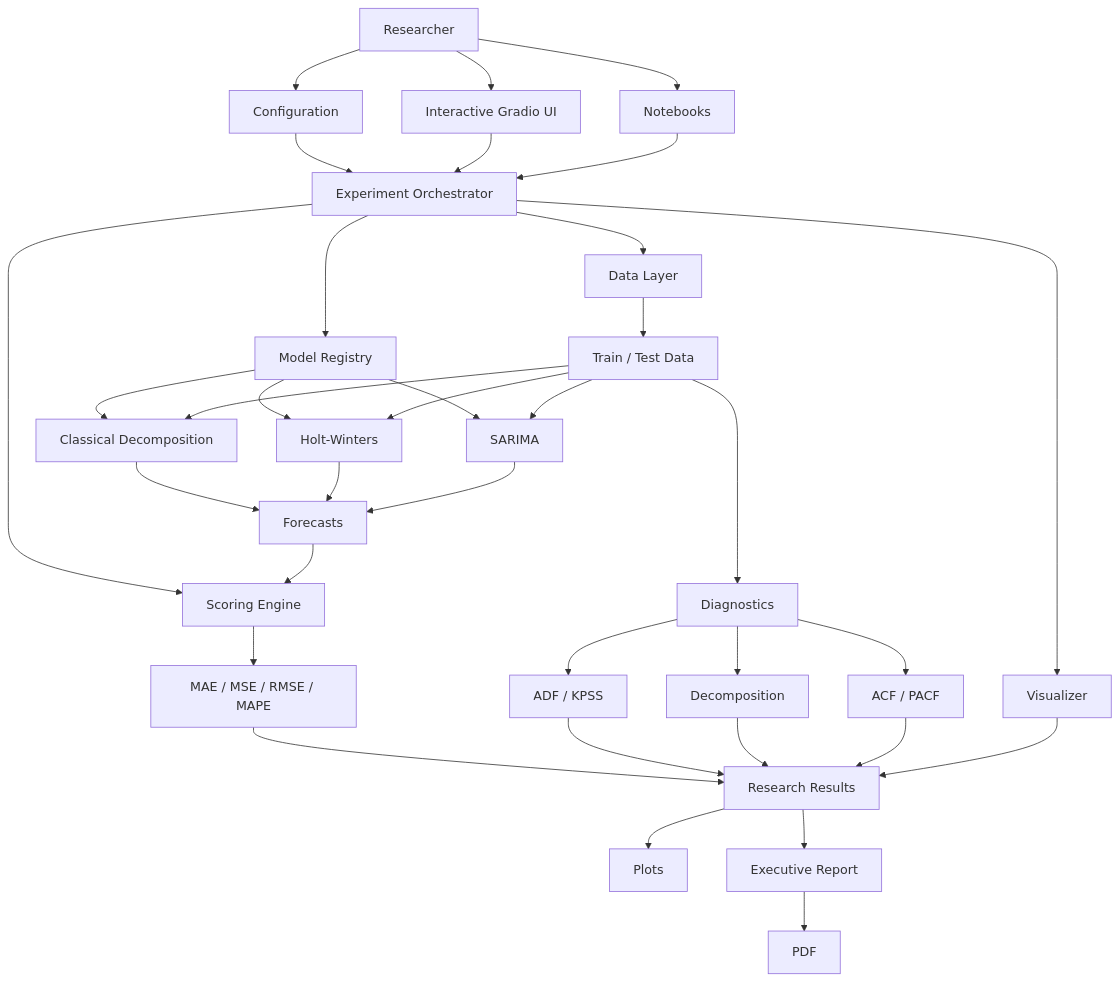
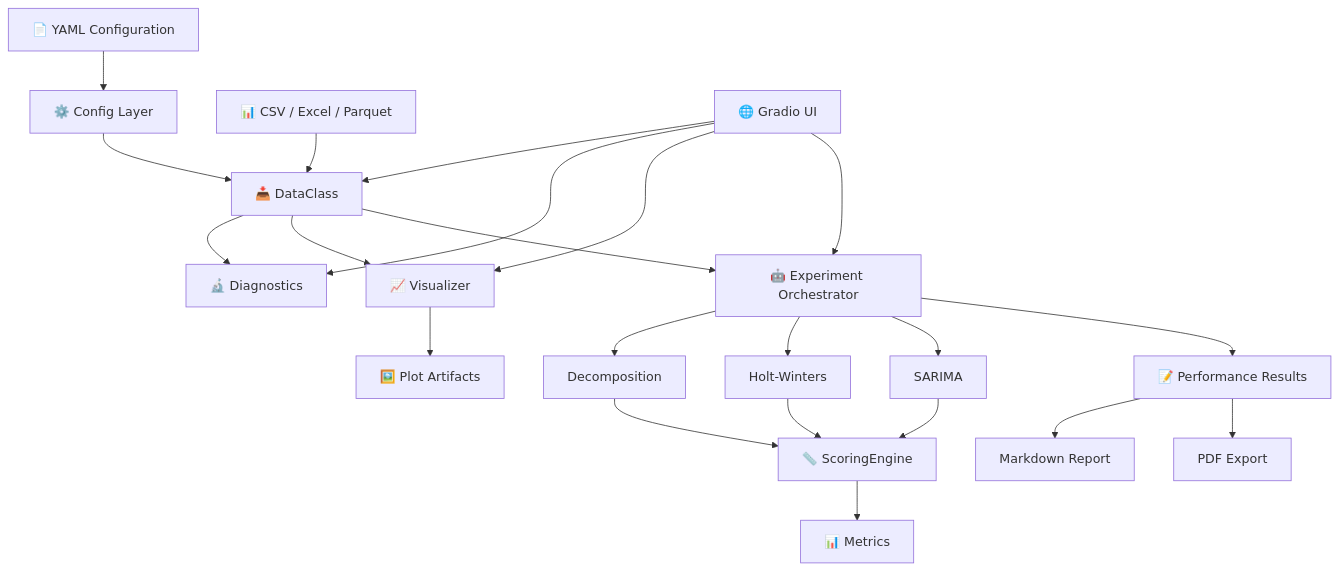
Before and after one commit to Ibraheem-Al-hafith/TIME_SERIES_LAB: the first of 3 diagrams in README.md, drawn with Mermaid. The commit also changed other lines of this file, not shown here.

````diff
--- a/README.md
+++ b/README.md
@@ -309,48 +139,30 @@
 ```mermaid
 flowchart TD
+    A["📄 YAML Configuration"] --> B["⚙️ Config Layer"]
+    C["📊 CSV / Excel / Parquet"] --> D["📥 DataClass"]
+    B --> D
 
-    A[Researcher] --> B[Configuration]
-    A --> C[Interactive Gradio UI]
-    A --> D[Notebooks]
+    D --> E["🔬 Diagnostics"]
+    D --> F["📈 Visualizer"]
+    D --> G["🤖 Experiment Orchestrator"]
 
-    B --> E[Experiment Orchestrator]
-    C --> E
-    D --> E
+    G --> H["Decomposition"]
+    G --> I["Holt-Winters"]
+    G --> J["SARIMA"]
 
-    E --> F[Data Layer]
-    E --> G[Model Registry]
-    E --> H[Scoring Engine]
-    E --> I[Visualizer]
+    H --> K["📏 ScoringEngine"]
+    I --> K
+    J --> K
 
-    F --> J[Train / Test Data]
+    K --> L["📊 Metrics"]
+    F --> M["🖼️ Plot Artifacts"]
 
-    G --> K[Classical Decomposition]
-    G --> L[Holt-Winters]
-    G --> M[SARIMA]
+    G --> N["📝 Performance Results"]
+    N --> O["Markdown Report"]
+    N --> P["PDF Export"]
 
-    J --> K
-    J --> L
-    J --> M
-
-    K --> N[Forecasts]
-    L --> N
-    M --> N
-
-    N --> H
-    H --> O[MAE / MSE / RMSE / MAPE]
-
-    J --> P[Diagnostics]
-    P --> Q[ADF / KPSS]
-    P --> R[Decomposition]
-    P --> S[ACF / PACF]
-
-    O --> T[Research Results]
-    Q --> T
-    R --> T
-    S --> T
-    I --> T
-
-    T --> U[Plots]
-    T --> V[Executive Report]
-    V --> W[PDF]
+    Q["🌐 Gradio UI"] --> D
+    Q --> E
+    Q --> F
+    Q --> G
 ```
````
